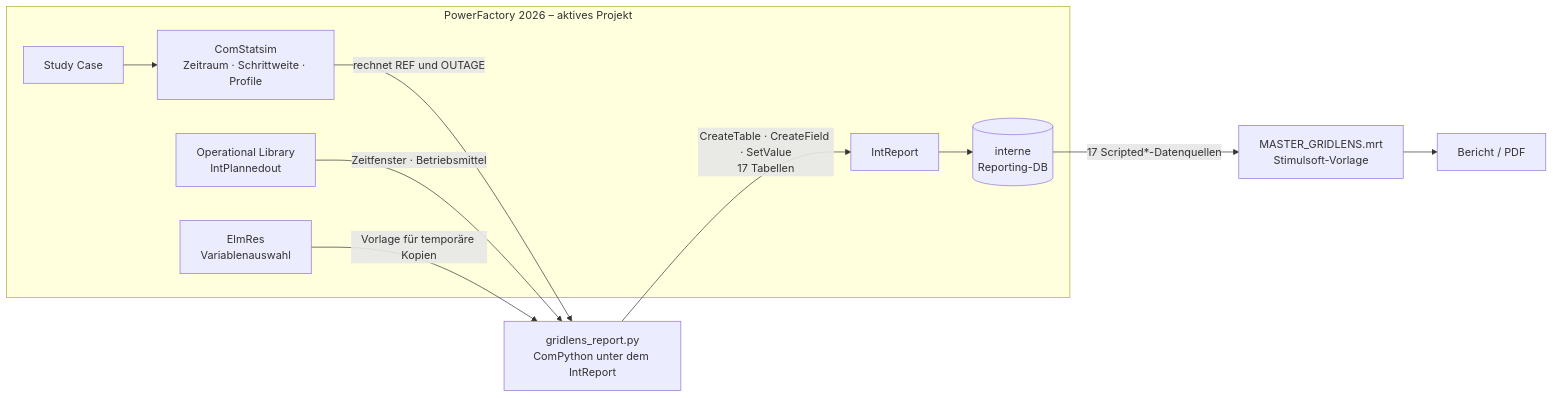
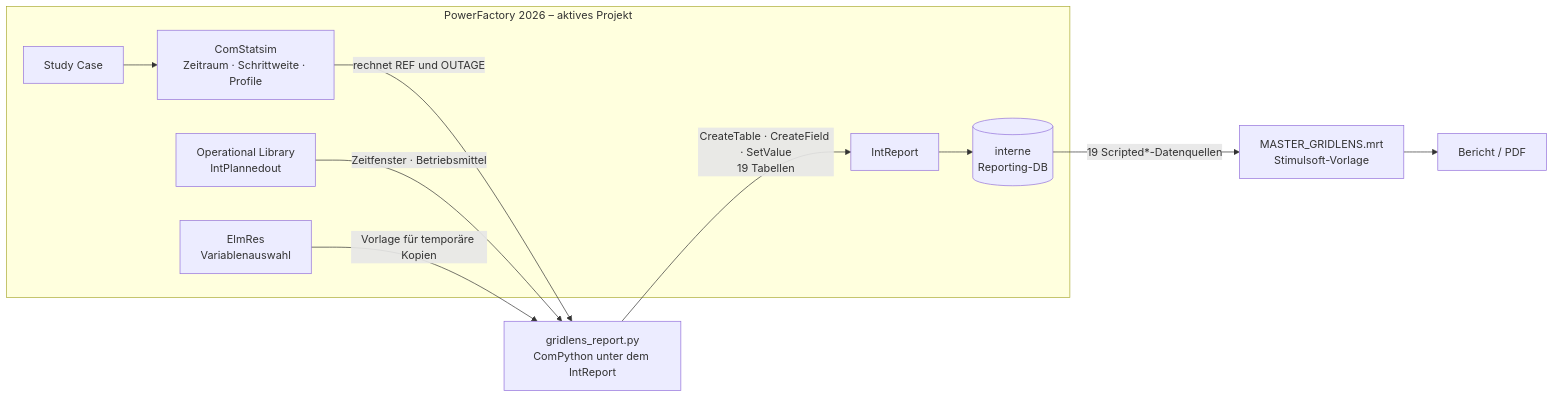
Before and after one commit to hadiibrahim-Engin/gridlens-powerfactory: the first of 8 diagrams in BIG_PICTURE.md, drawn with Mermaid. The commit also changed other lines of this file and 7 other files, not shown here.

````diff
--- a/BIG_PICTURE.md
+++ b/BIG_PICTURE.md
@@ -23,24 +23,24 @@
 ```mermaid
 flowchart LR
     subgraph PF["PowerFactory 2026 – aktives Projekt"]
         SC["Study Case"]
         QDS["ComStatsim<br/>Zeitraum · Schrittweite · Profile"]
         OUT["Operational Library<br/>IntPlannedout"]
         RES["ElmRes<br/>Variablenauswahl"]
         REP["IntReport"]
         DB[("interne<br/>Reporting-DB")]
     end
 
     PY["gridlens_report.py<br/>ComPython unter dem IntReport"]
     MRT["MASTER_GRIDLENS.mrt<br/>Stimulsoft-Vorlage"]
     PDF["Bericht / PDF"]
 
     SC --> QDS
     QDS -- "rechnet REF und OUTAGE" --> PY
     OUT -- "Zeitfenster · Betriebsmittel" --> PY
     RES -- "Vorlage für temporäre Kopien" --> PY
-    PY -- "CreateTable · CreateField · SetValue<br/>17 Tabellen" --> REP
+    PY -- "CreateTable · CreateField · SetValue<br/>19 Tabellen" --> REP
     REP --> DB
-    DB -- "17 Scripted*-Datenquellen" --> MRT
+    DB -- "19 Scripted*-Datenquellen" --> MRT
     MRT --> PDF
 ```
````
